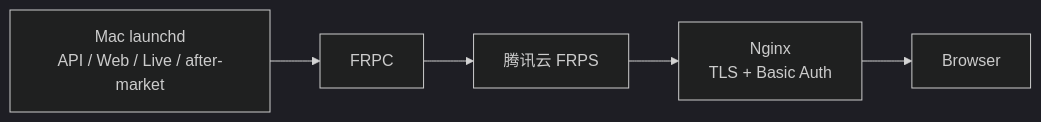
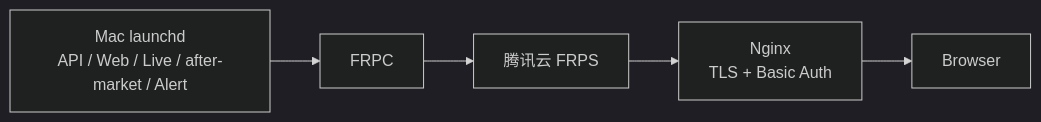
One commit to firehell/guiyi-quant-workstation changed the third of 3 diagrams in docs/ARCHITECTURE.md. Above: the diagram before and after it, drawn with Mermaid (dark theme). The commit also changed other lines of this file and 19 other files, not shown here.

````diff
--- a/docs/ARCHITECTURE.md
+++ b/docs/ARCHITECTURE.md
@@ -107,7 +134,7 @@
 ```mermaid
 flowchart LR
-    L["Mac launchd<br/>API / Web / Live / after-market"] --> FPC["FRPC"]
+    L["Mac launchd<br/>API / Web / Live / after-market / Alert"] --> FPC["FRPC"]
     FPC --> FPS["腾讯云 FRPS"]
     FPS --> NG["Nginx<br/>TLS + Basic Auth"]
     NG --> B["Browser"]
 ```
````
